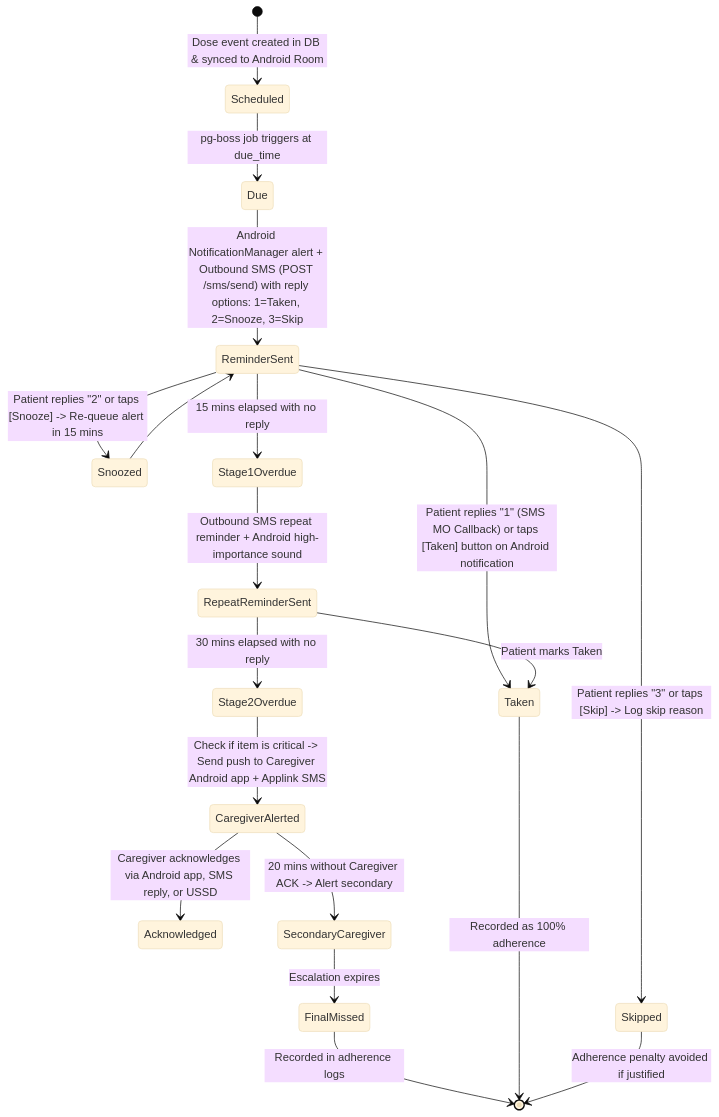
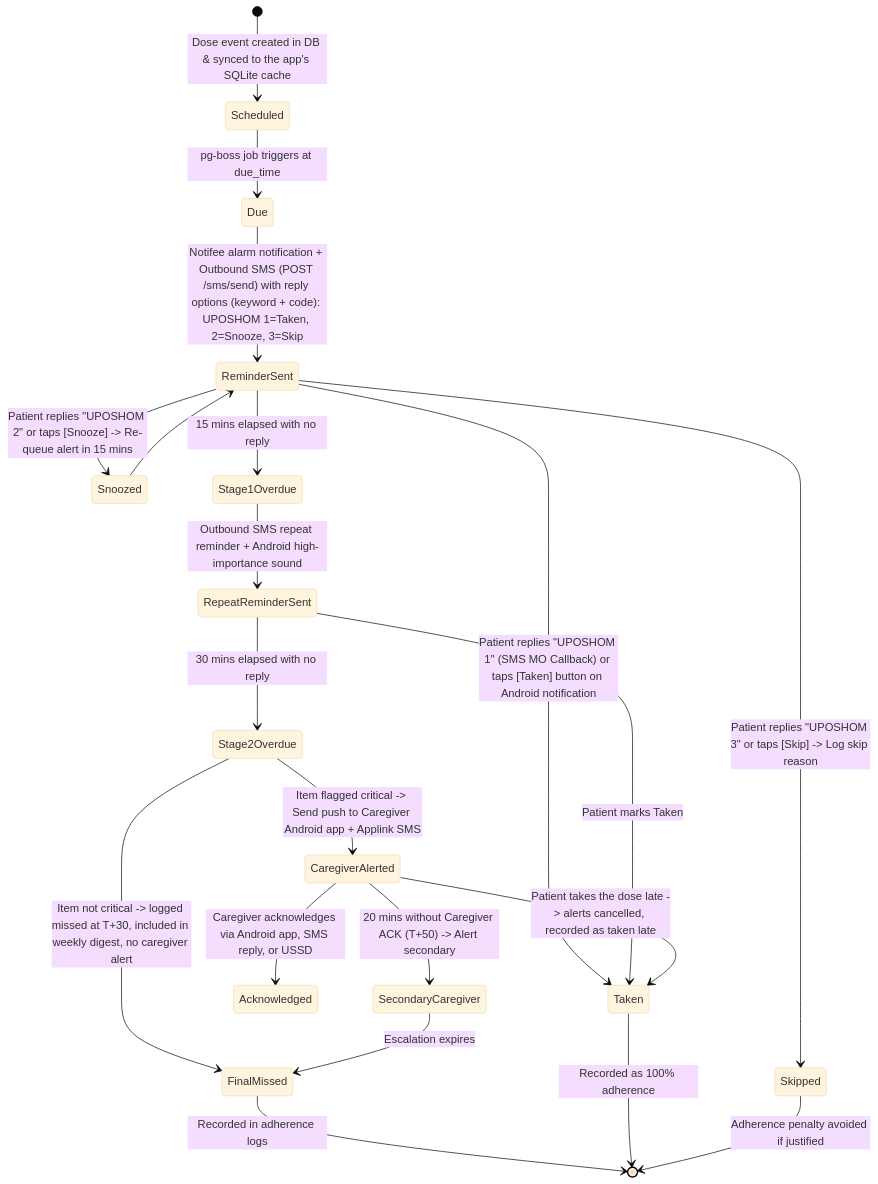
The fourth of 9 diagrams in Master_Plan.md (RidwanRK/Uposhom), drawn with Mermaid (base theme) before and after one commit. The commit also changed other lines of this file and 2 other files, not shown here.

````diff
--- a/Master_Plan.md
+++ b/Master_Plan.md
@@ -628,27 +638,29 @@
 ```mermaid
 stateDiagram-v2
-    [*] --> Scheduled: Dose event created in DB & synced to Android Room
+    [*] --> Scheduled: Dose event created in DB & synced to the app's SQLite cache
     
     Scheduled --> Due: pg-boss job triggers at due_time
-    Due --> ReminderSent: Android NotificationManager alert + Outbound SMS (POST /sms/send) with reply options: 1=Taken, 2=Snooze, 3=Skip
+    Due --> ReminderSent: Notifee alarm notification + Outbound SMS (POST /sms/send) with reply options (keyword + code): UPOSHOM 1=Taken, 2=Snooze, 3=Skip
     
-    ReminderSent --> Taken: Patient replies "1" (SMS MO Callback) or taps [Taken] button on Android notification
-    ReminderSent --> Snoozed: Patient replies "2" or taps [Snooze] -> Re-queue alert in 15 mins
-    ReminderSent --> Skipped: Patient replies "3" or taps [Skip] -> Log skip reason
+    ReminderSent --> Taken: Patient replies "UPOSHOM 1" (SMS MO Callback) or taps [Taken] button on Android notification
+    ReminderSent --> Snoozed: Patient replies "UPOSHOM 2" or taps [Snooze] -> Re-queue alert in 15 mins
+    ReminderSent --> Skipped: Patient replies "UPOSHOM 3" or taps [Skip] -> Log skip reason
     
     ReminderSent --> Stage1Overdue: 15 mins elapsed with no reply
     Stage1Overdue --> RepeatReminderSent: Outbound SMS repeat reminder + Android high-importance sound
     
     RepeatReminderSent --> Taken: Patient marks Taken
     RepeatReminderSent --> Stage2Overdue: 30 mins elapsed with no reply
     
-    Stage2Overdue --> CaregiverAlerted: Check if item is critical -> Send push to Caregiver Android app + Applink SMS
+    Stage2Overdue --> CaregiverAlerted: Item flagged critical -> Send push to Caregiver Android app + Applink SMS
+    Stage2Overdue --> FinalMissed: Item not critical -> logged missed at T+30, included in weekly digest, no caregiver alert
     CaregiverAlerted --> Acknowledged: Caregiver acknowledges via Android app, SMS reply, or USSD
-    CaregiverAlerted --> SecondaryCaregiver: 20 mins without Caregiver ACK -> Alert secondary
+    CaregiverAlerted --> SecondaryCaregiver: 20 mins without Caregiver ACK (T+50) -> Alert secondary
+    CaregiverAlerted --> Taken: Patient takes the dose late -> alerts cancelled, recorded as taken late
     
     SecondaryCaregiver --> FinalMissed: Escalation expires
     FinalMissed --> [*]: Recorded in adherence logs
     Taken --> [*]: Recorded as 100% adherence
     Snoozed --> ReminderSent
     Skipped --> [*]: Adherence penalty avoided if justified
 ```
````
